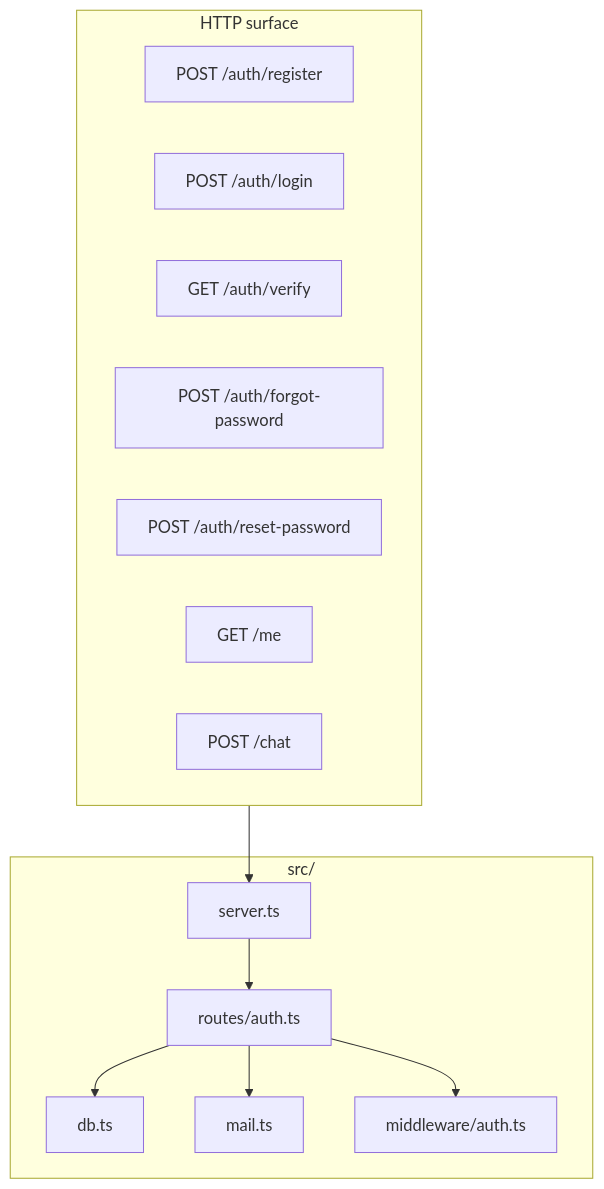
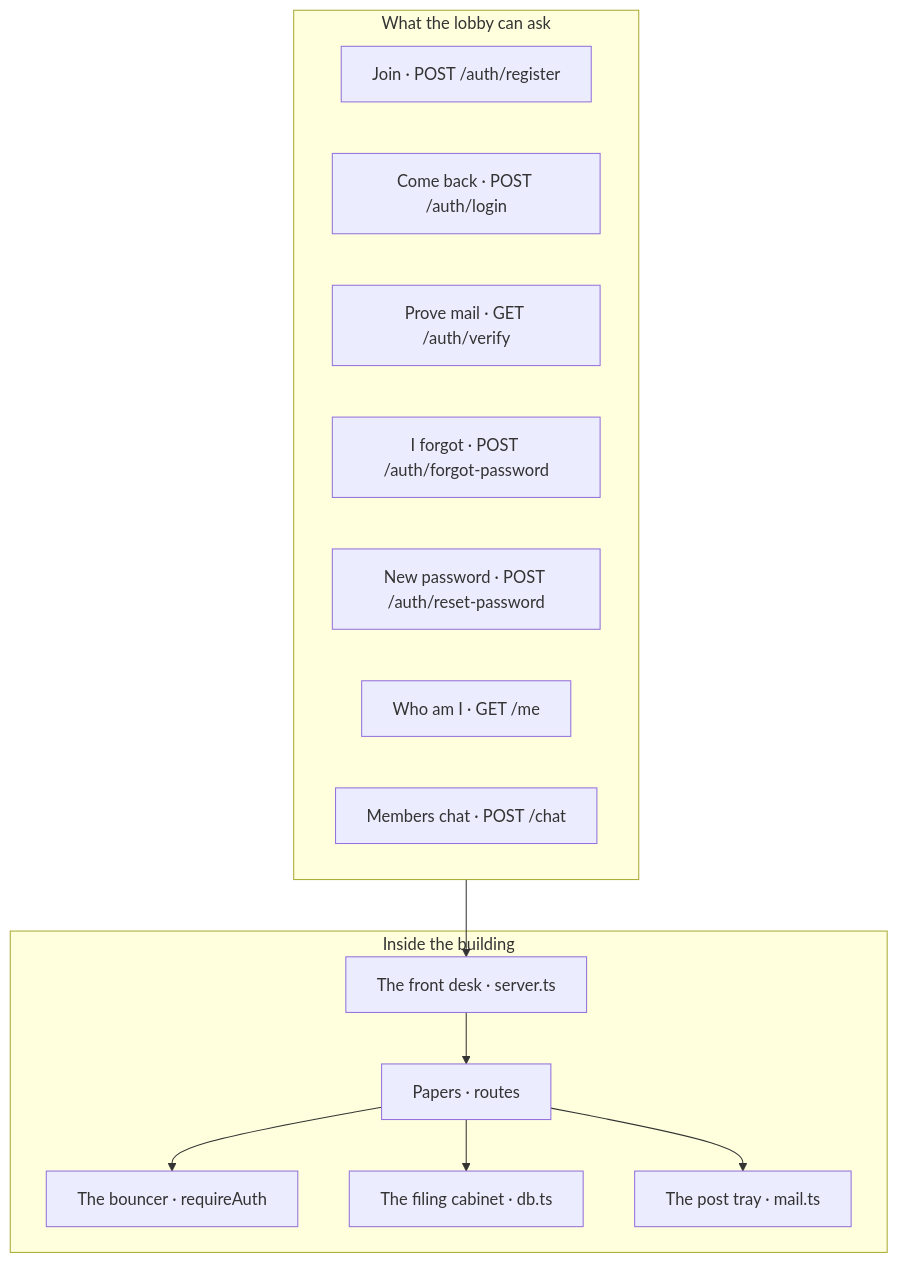
One commit to sreecharan-desu/hackx-slides changed the diagram in content/tracks/backend-from-zero/lessons/03-our-architecture.md. Above: the diagram before and after it, drawn with Mermaid. The commit also changed other lines of this file and 35 other files, not shown here.

````diff
--- a/content/tracks/backend-from-zero/lessons/03-our-architecture.md
+++ b/content/tracks/backend-from-zero/lessons/03-our-architecture.md
@@ -10,26 +10,26 @@
 ```mermaid
 flowchart TB
-  subgraph routes [HTTP surface]
-    R1[POST /auth/register]
-    R2[POST /auth/login]
-    R3[GET /auth/verify]
-    R4[POST /auth/forgot-password]
-    R5[POST /auth/reset-password]
-    R6[GET /me]
-    R7[POST /chat]
+  subgraph routes [What the lobby can ask]
+    R1[Join · POST /auth/register]
+    R2[Come back · POST /auth/login]
+    R3[Prove mail · GET /auth/verify]
+    R4[I forgot · POST /auth/forgot-password]
+    R5[New password · POST /auth/reset-password]
+    R6[Who am I · GET /me]
+    R7[Members chat · POST /chat]
   end
 
-  subgraph src [src/]
-    S[server.ts]
-    DB[db.ts]
-    M[mail.ts]
-    A[middleware/auth.ts]
-    RA[routes/auth.ts]
+  subgraph src [Inside the building]
+    S[The front desk · server.ts]
+    RA[Papers · routes]
+    A[The bouncer · requireAuth]
+    DB[The filing cabinet · db.ts]
+    M[The post tray · mail.ts]
   end
 
   routes --> S
   S --> RA
   RA --> A
   RA --> DB
   RA --> M
 ```
````
